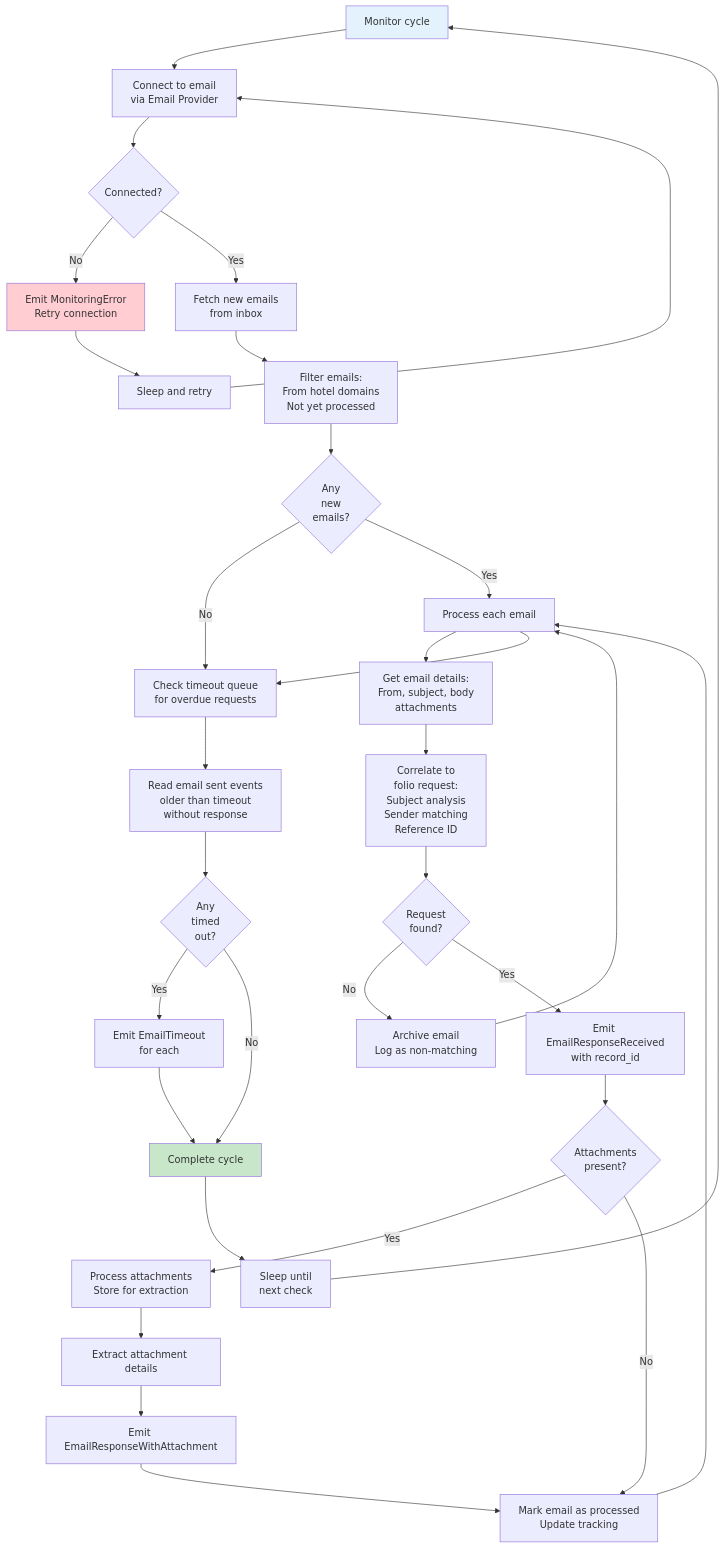
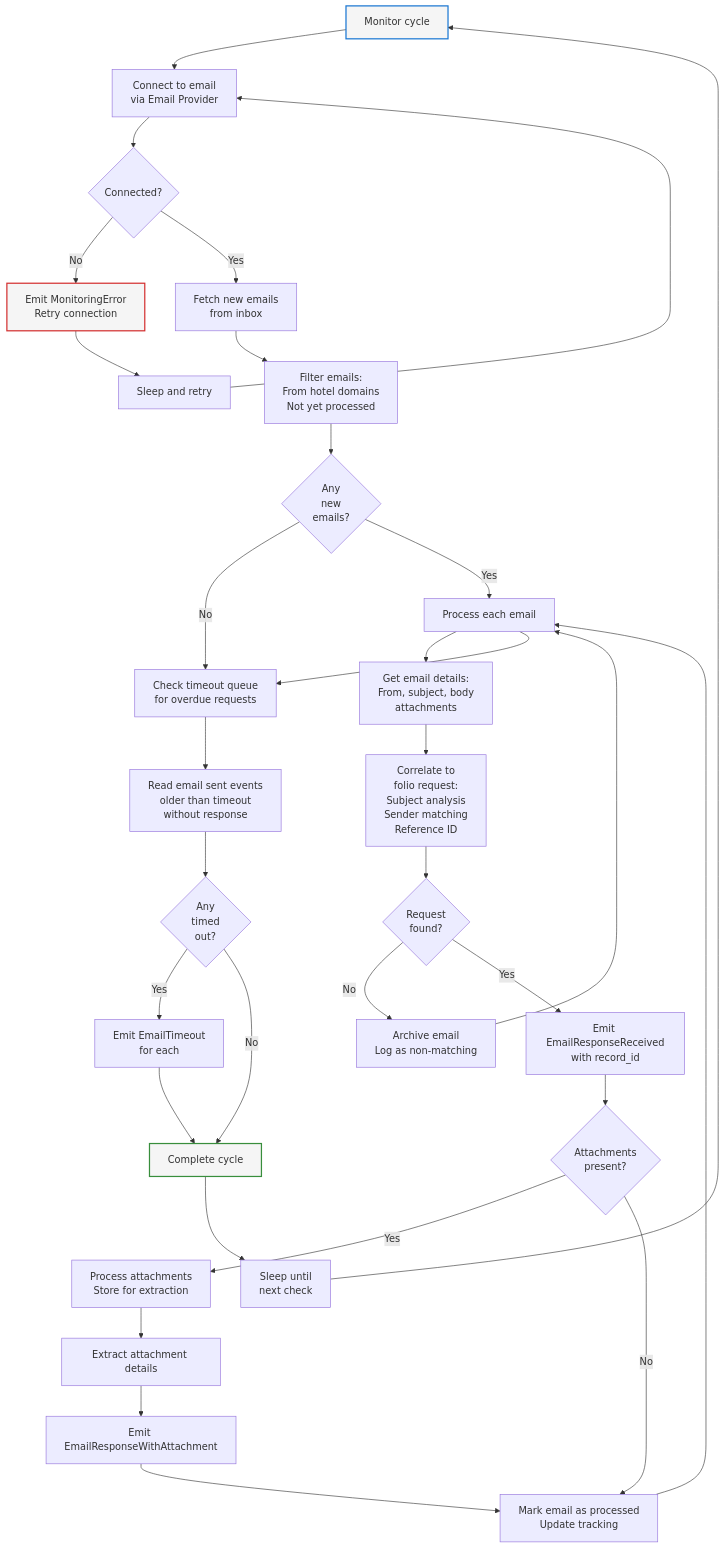
The diagram in design/components/07-Email-Monitor.md (Org-for-Folio-AI/FolioAISpecs), drawn with Mermaid before and after one commit. The commit also changed 11 other files, not shown here.

First line of the commit message:
Update mermaid diagram colors for dark and light mode compatibility

````diff
--- a/design/components/07-Email-Monitor.md
+++ b/design/components/07-Email-Monitor.md
@@ -56,58 +56,58 @@
 ```mermaid
 flowchart TD
     Start["Monitor cycle"] --> Connect["Connect to email<br/>via Email Provider"]
 
     Connect --> ConnOK{Connected?}
     ConnOK -->|No| Error["Emit MonitoringError<br/>Retry connection"]
     ConnOK -->|Yes| Fetch
 
     Error --> Sleep["Sleep and retry"]
     Sleep --> Connect
 
     Fetch["Fetch new emails<br/>from inbox"] --> Filter["Filter emails:<br/>From hotel domains<br/>Not yet processed"]
 
     Filter --> HasEmails{Any<br/>new<br/>emails?}
 
     HasEmails -->|No| CheckTimeout
     HasEmails -->|Yes| Process["Process each email"]
 
     Process --> GetEmail["Get email details:<br/>From, subject, body<br/>attachments"]
 
     GetEmail --> Correlate["Correlate to<br/>folio request:<br/>Subject analysis<br/>Sender matching<br/>Reference ID"]
 
     Correlate --> Found{Request<br/>found?}
 
     Found -->|No| Archive["Archive email<br/>Log as non-matching"]
     Found -->|Yes| EmitReceived["Emit EmailResponseReceived<br/>with record_id"]
 
     EmitReceived --> CheckAttach{Attachments<br/>present?}
 
     CheckAttach -->|Yes| ProcessAttach["Process attachments<br/>Store for extraction"]
     CheckAttach -->|No| MarkDone
 
     ProcessAttach --> ExtractAttach["Extract attachment details"]
     ExtractAttach --> EmitAttach["Emit EmailResponseWithAttachment"]
 
     EmitAttach --> MarkDone["Mark email as processed<br/>Update tracking"]
 
     MarkDone --> Process
     Archive --> Process
 
     Process --> CheckTimeout["Check timeout queue<br/>for overdue requests"]
 
     CheckTimeout --> ReadTimeout["Read email sent events<br/>older than timeout<br/>without response"]
 
     ReadTimeout --> HasTimeout{Any<br/>timed<br/>out?}
 
     HasTimeout -->|Yes| EmitTimeout["Emit EmailTimeout<br/>for each"]
     HasTimeout -->|No| Complete
 
     EmitTimeout --> Complete["Complete cycle"]
 
     Complete --> Sleep2["Sleep until<br/>next check"]
     Sleep2 --> Start
 
-    style Start fill:#e3f2fd
-    style Complete fill:#c8e6c9
-    style Error fill:#ffcdd2
+    style Start stroke:#1976d2,fill:#f5f5f5,stroke-width:2px
+    style Complete stroke:#388e3c,fill:#f5f5f5,stroke-width:2px
+    style Error stroke:#d32f2f,fill:#f5f5f5,stroke-width:2px
 ```
````
